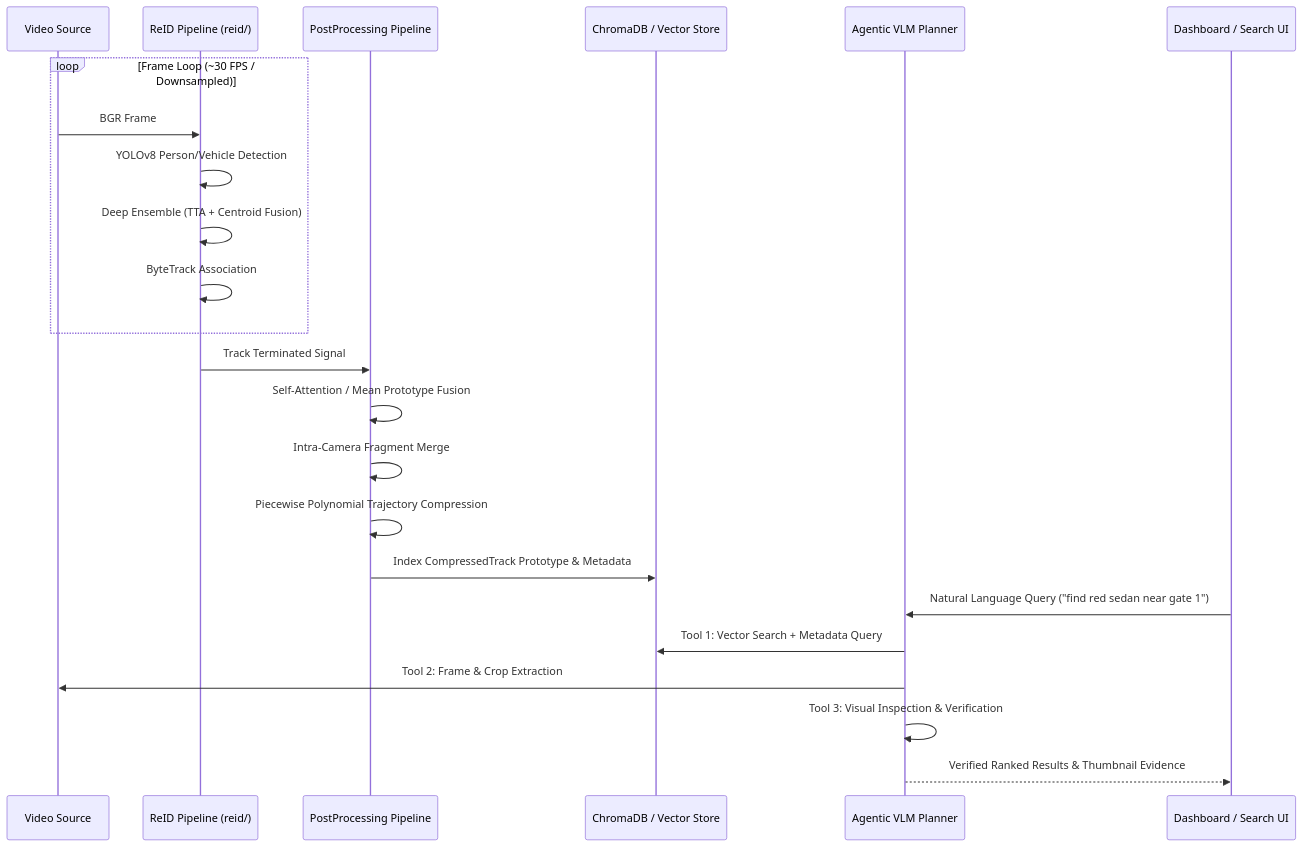
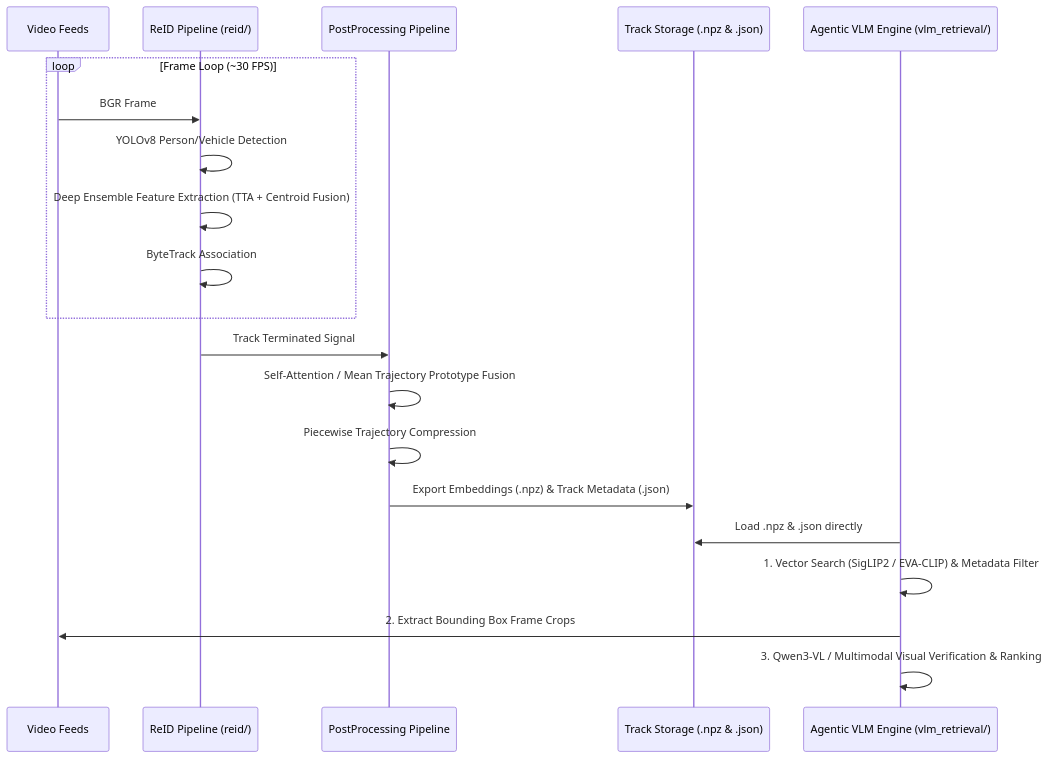
The diagram in README.md (arjunmnath/TrafficVizCore), drawn with Mermaid before and after one commit. The commit also changed other lines of this file and 92 other files, not shown here.

````diff
--- a/README.md
+++ b/README.md
@@ -52,28 +17,25 @@
 ```mermaid
 sequenceDiagram
-    participant V as Video Source
+    participant V as Video Feeds
     participant P as ReID Pipeline (reid/)
     participant PP as PostProcessing Pipeline
-    participant DB as ChromaDB / Vector Store
-    participant AG as Agentic VLM Planner
-    participant UI as Dashboard / Search UI
+    participant Disk as Track Storage (.npz & .json)
+    participant AG as Agentic VLM Engine (vlm_retrieval/)
 
-    loop Frame Loop (~30 FPS / Downsampled)
+    loop Frame Loop (~30 FPS)
         V->>P: BGR Frame
         P->>P: YOLOv8 Person/Vehicle Detection
-        P->>P: Deep Ensemble (TTA + Centroid Fusion)
+        P->>P: Deep Ensemble Feature Extraction (TTA + Centroid Fusion)
         P->>P: ByteTrack Association
     end
 
     P->>PP: Track Terminated Signal
-    PP->>PP: Self-Attention / Mean Prototype Fusion
-    PP->>PP: Intra-Camera Fragment Merge
-    PP->>PP: Piecewise Polynomial Trajectory Compression
-    PP->>DB: Index CompressedTrack Prototype & Metadata
-    
-    UI->>AG: Natural Language Query ("find red sedan near gate 1")
-    AG->>DB: Tool 1: Vector Search + Metadata Query
-    AG->>V: Tool 2: Frame & Crop Extraction
-    AG->>AG: Tool 3: Visual Inspection & Verification
-    AG-->>UI: Verified Ranked Results & Thumbnail Evidence
+    PP->>PP: Self-Attention / Mean Trajectory Prototype Fusion
+    PP->>PP: Piecewise Trajectory Compression
+    PP->>Disk: Export Embeddings (.npz) & Track Metadata (.json)
+
+    AG->>Disk: Load .npz & .json directly
+    AG->>AG: 1. Vector Search (SigLIP2 / EVA-CLIP) & Metadata Filter
+    AG->>V: 2. Extract Bounding Box Frame Crops
+    AG->>AG: 3. Qwen3-VL / Multimodal Visual Verification & Ranking
 ```
````
